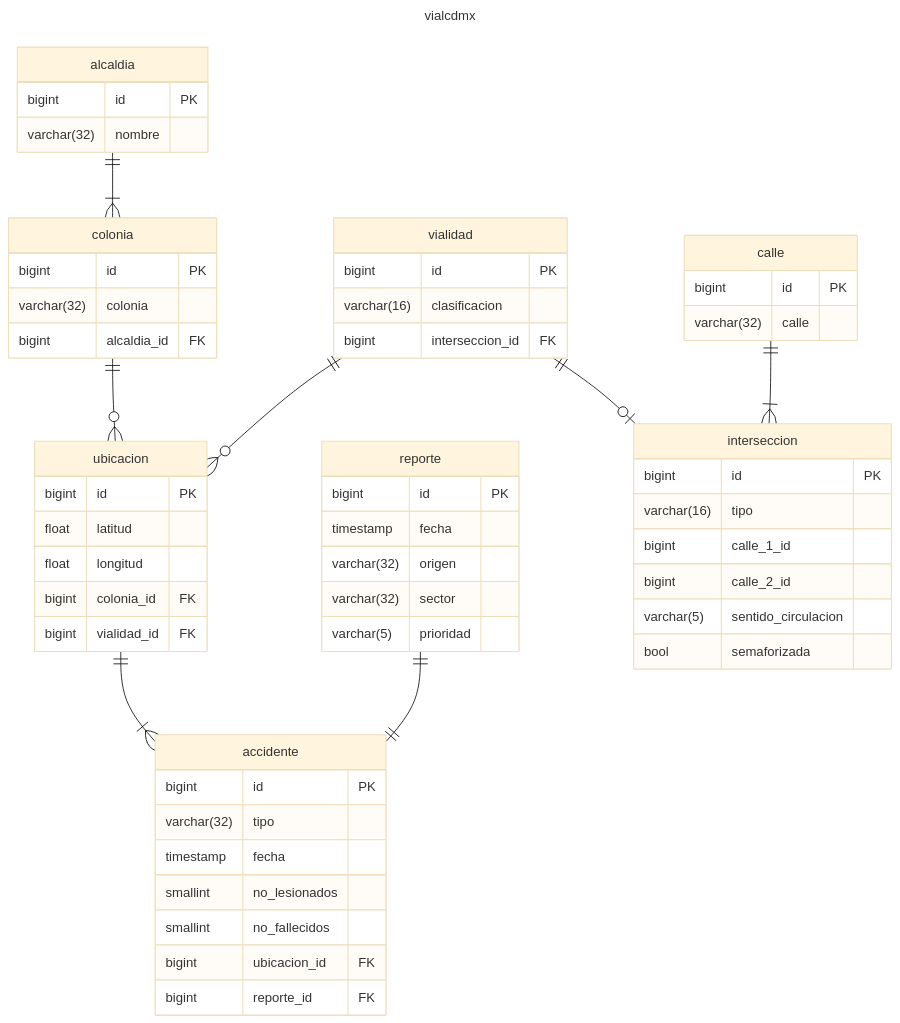
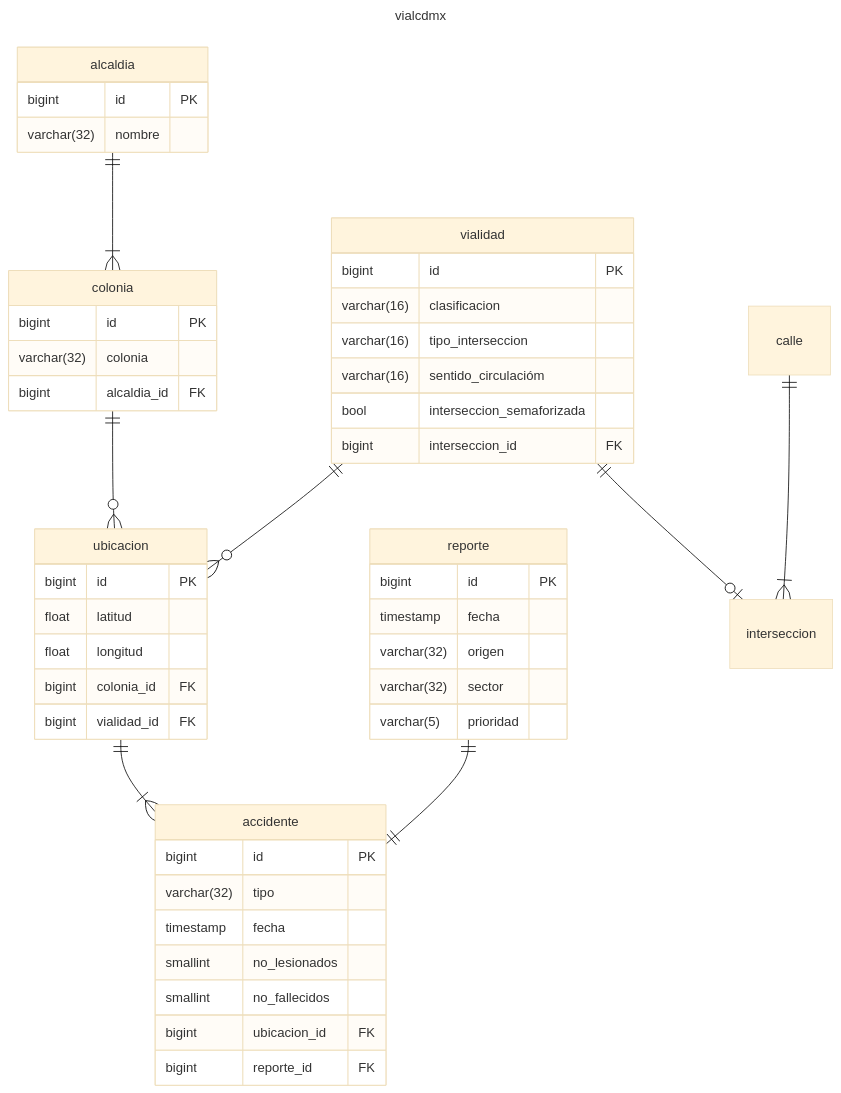
One commit to joltdot/proyecto_bd changed the diagram in README.md. Above: the diagram before and after it, drawn with Mermaid (base theme). The commit also changed other lines of this file, not shown here.

Commit message:
Revise README with schema updates and corrections
Updated the README to reflect changes in the database schema and data corrections.

````diff
--- a/README.md
+++ b/README.md
@@ -361,65 +362,56 @@
 ```mermaid
 ---
 title: vialcdmx
 ---
 
 erDiagram
     ubicacion ||--|{ accidente : " "
     reporte || -- || accidente : " "
     alcaldia ||--|{ colonia : " "
     colonia ||--o{ ubicacion : " "
     vialidad ||--o{ ubicacion : " "
     vialidad ||--o| interseccion : " "
     calle ||--|{ interseccion : " "
     accidente {
         bigint id PK
         varchar(32) tipo
         timestamp fecha
         smallint no_lesionados
         smallint no_fallecidos
         bigint ubicacion_id FK 
         bigint reporte_id FK
     }
     alcaldia {
         bigint id PK
         varchar(32) nombre
     }
     colonia {
         bigint id PK
         varchar(32) colonia
         bigint alcaldia_id FK
     }
-    interseccion {
-        bigint id PK
-        varchar(16) tipo
-        bigint calle_1_id
-        bigint calle_2_id
-        varchar(5) sentido_circulacion
-        bool semaforizada
-    }
-    calle {
-        bigint id PK
-        varchar(32) calle    
-    }
 
     vialidad {
         bigint id PK
         varchar(16) clasificacion
+        varchar(16) tipo_interseccion
+        varchar(16) sentido_circulacióm
+        bool interseccion_semaforizada
         bigint interseccion_id FK 
     }
     ubicacion {
         bigint id PK
         float latitud
         float longitud
         bigint colonia_id FK 
         bigint vialidad_id FK 
     }
     reporte {
         bigint id PK
         timestamp fecha
         varchar(32) origen
         varchar(32) sector
         varchar(5) prioridad
     }
 
 ```
````
